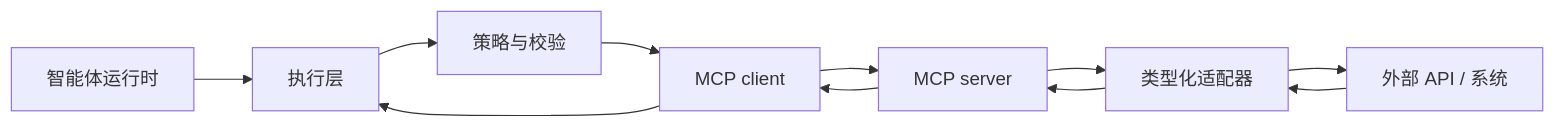
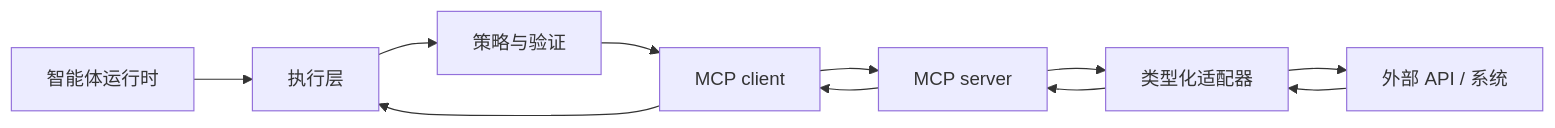
The diagram in docs/book/part-iv/chapter-9.zh.md (agent-axiom/agent-arch), drawn with Mermaid before and after one commit. The commit also changed other lines of this file, not shown here.

````diff
--- a/docs/book/part-iv/chapter-9.zh.md
+++ b/docs/book/part-iv/chapter-9.zh.md
@@ -111,13 +111,13 @@
 ``` mermaid
 flowchart LR
     A["智能体运行时"] --> B["执行层"]
-    B --> C["策略与校验"]
+    B --> C["策略与验证"]
     C --> D["MCP client"]
     D --> E["MCP server"]
     E --> F["类型化适配器"]
     F --> G["外部 API / 系统"]
     G --> F
     F --> E
     E --> D
     D --> B
 ```
````
